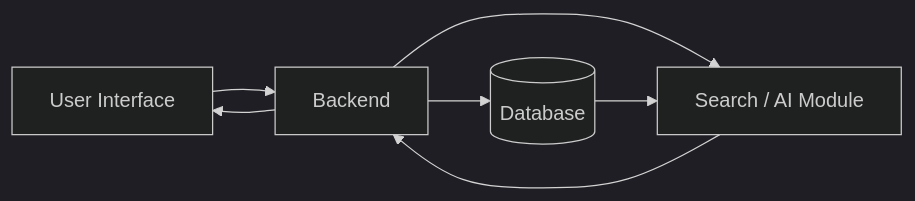
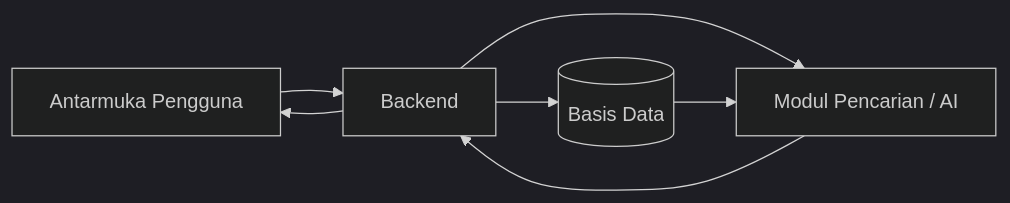
One commit to IndahSiahaan/Smart-Warehouse-Management-Agent-untuk-Optimasi-Penyimpanan-Barang changed the second of 2 diagrams in README.md. Above: the diagram before and after it, drawn with Mermaid (dark theme). The commit also changed other lines of this file, not shown here.

````diff
--- a/README.md
+++ b/README.md
@@ -108,9 +104,9 @@
 ```mermaid
 flowchart LR
-    U[User Interface] --> B[Backend]
-    B --> DB[(Database)]
-    B --> A[Search / AI Module]
+    U[Antarmuka Pengguna] --> B[Backend]
+    B --> DB[(Basis Data)]
+    B --> A[Modul Pencarian / AI]
     DB --> A
     A --> B
     B --> U
 ```
````
